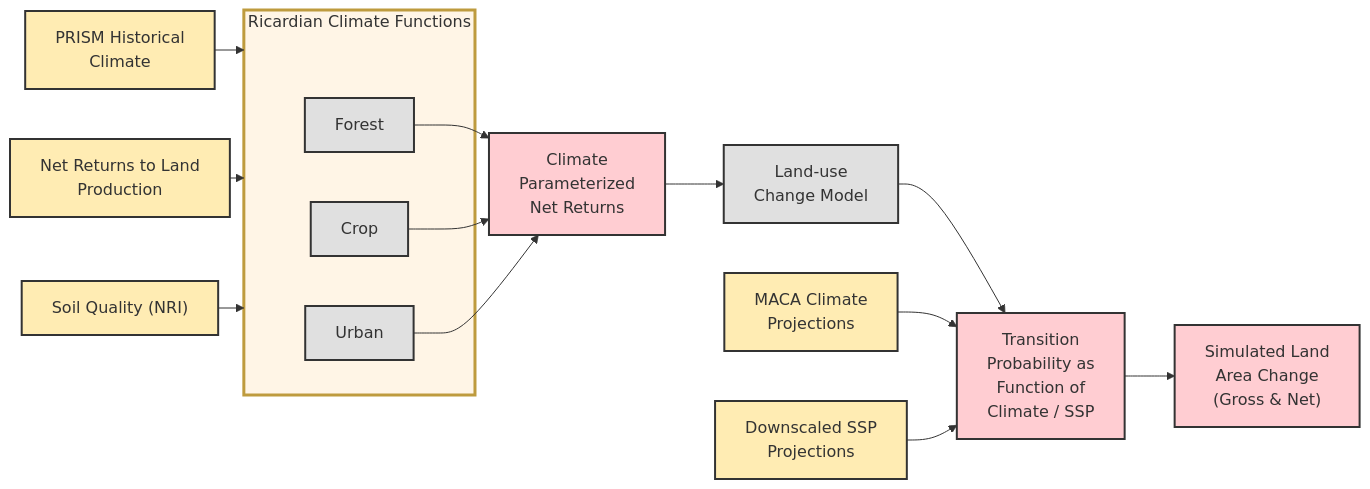
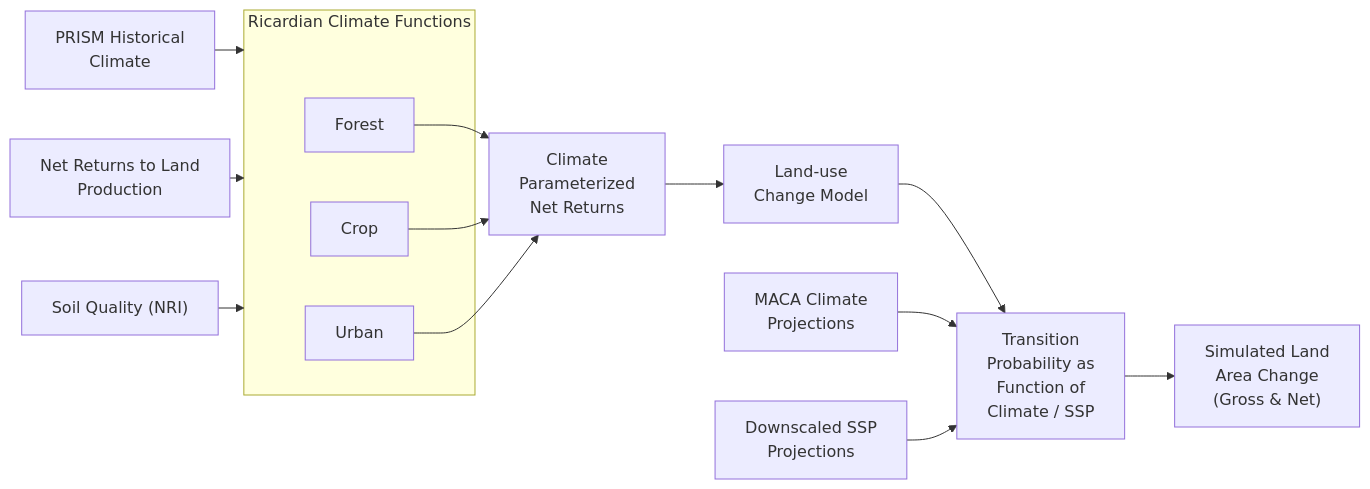
Before and after one commit to mihiarc/rpa-landuse-viewer: the first of 2 diagrams in README.md, drawn with Mermaid. The commit also changed other lines of this file, not shown here.

````diff
--- a/README.md
+++ b/README.md
@@ -13,47 +41,41 @@
 ```mermaid
 graph LR
     %% Data nodes (yellow ovals)
     PRISM["PRISM Historical<br/>Climate"]:::data
     NetReturns["Net Returns to Land<br/>Production"]:::data
     SoilQuality["Soil Quality (NRI)"]:::data
     MACA["MACA Climate<br/>Projections"]:::data
     SSP["Downscaled SSP<br/>Projections"]:::data
     
     %% Ricardian Climate Functions box
     subgraph RCF["Ricardian Climate Functions"]
         Forest["Forest"]:::process
         Crop["Crop"]:::process
         Urban["Urban"]:::process
     end
     
     %% Process nodes (gray rectangles)
     LandUseModel["Land-use<br/>Change Model"]:::process
     
     %% Output nodes (red hexagons)
     ClimateParam["Climate<br/>Parameterized<br/>Net Returns"]:::output
     Transition["Transition<br/>Probability as<br/>Function of<br/>Climate / SSP"]:::output
     SimulatedChange["Simulated Land<br/>Area Change<br/>(Gross & Net)"]:::output
     
     %% Simplified connections to the RCF box
     PRISM --> RCF
     NetReturns --> RCF
     SoilQuality --> RCF
     
     %% Connections from RCF components to other nodes
     Forest --> ClimateParam
     Crop --> ClimateParam
     Urban --> ClimateParam
     
     ClimateParam --> LandUseModel
     LandUseModel --> Transition
     MACA --> Transition
     SSP --> Transition
     
     Transition --> SimulatedChange
-    
-    %% Styling
-    classDef data fill:#ffecb3,stroke:#333,stroke-width:2px
-    classDef process fill:#e0e0e0,stroke:#333,stroke-width:2px
-    classDef output fill:#ffcdd2,stroke:#333,stroke-width:2px,shape:hexagon
-    style RCF fill:#fff5e6,stroke:#be9b3e,stroke-width:3px
 ```
````
